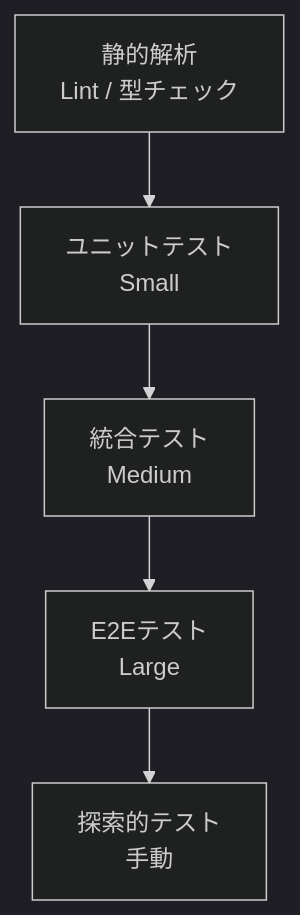
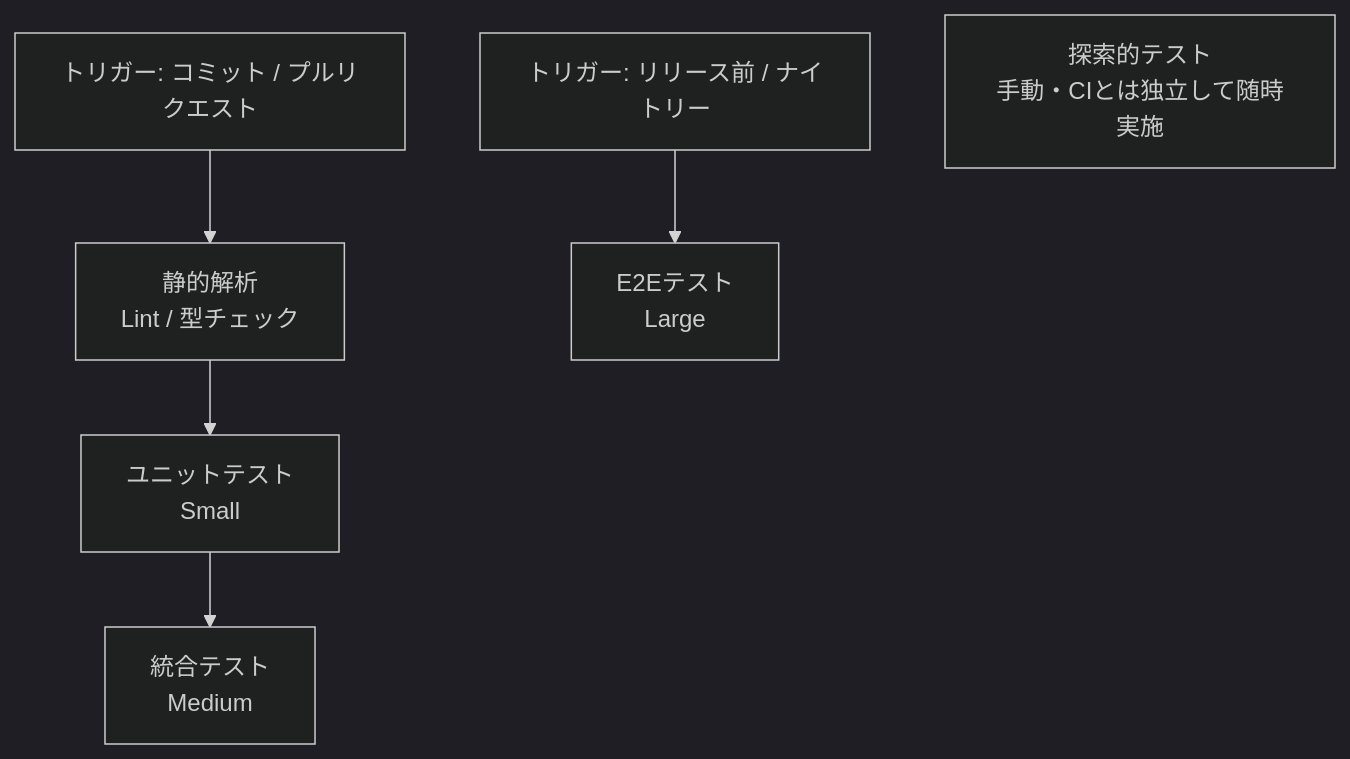
The second of 8 diagrams in Beautiful-testing-guide.md (myoshi2891/Quality-Assurance-Studies), drawn with Mermaid (dark theme) before and after one commit. The commit also changed other lines of this file, not shown here.

````diff
--- a/Beautiful-testing-guide.md
+++ b/Beautiful-testing-guide.md
@@ -104,7 +104,8 @@
 ```mermaid
 flowchart TB
-    Static["静的解析<br/>Lint / 型チェック"] --> Unit["ユニットテスト<br/>Small"]
+    Commit["トリガー: コミット / プルリクエスト"] --> Static["静的解析<br/>Lint / 型チェック"]
+    Static --> Unit["ユニットテスト<br/>Small"]
     Unit --> Integration["統合テスト<br/>Medium"]
-    Integration --> E2E["E2Eテスト<br/>Large"]
-    E2E --> Manual["探索的テスト<br/>手動"]
+    Release["トリガー: リリース前 / ナイトリー"] --> E2E["E2Eテスト<br/>Large"]
+    Manual["探索的テスト<br/>手動・CIとは独立して随時実施"]
 ```
````
